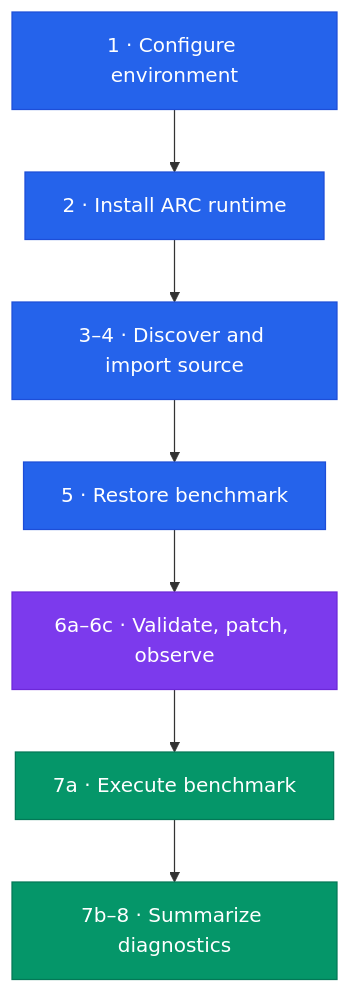
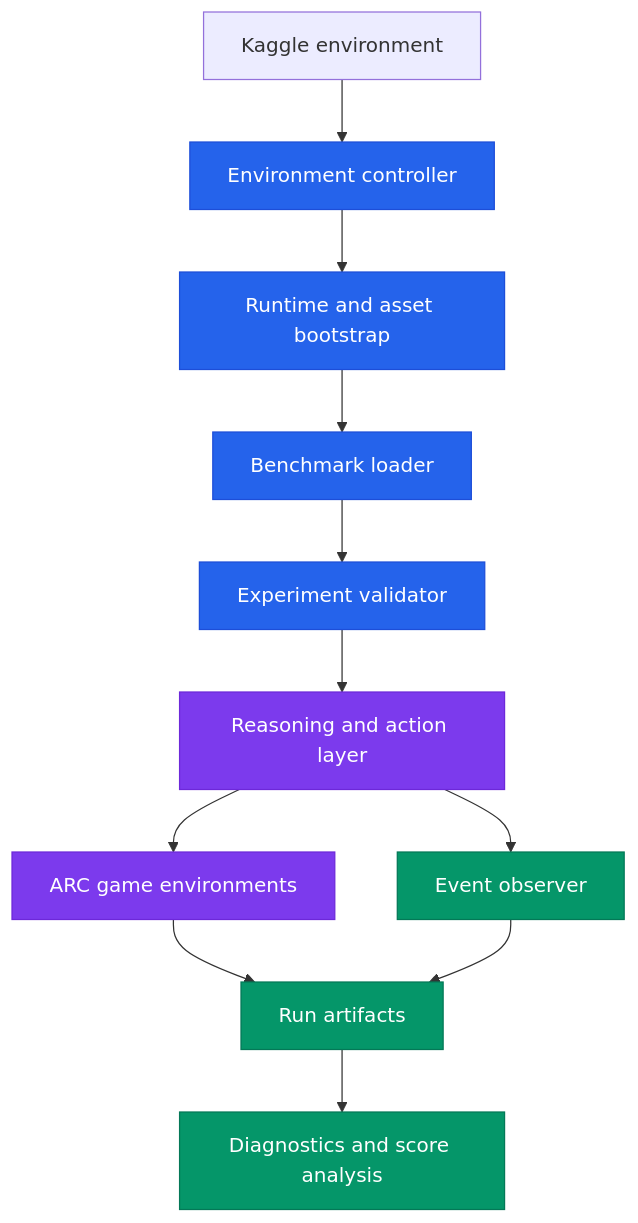
Before and after one commit to niswanth8888/ARC_APEX: the second of 5 diagrams in README.md, drawn with Mermaid. The commit also changed other lines of this file, not shown here.

````diff
--- a/README.md
+++ b/README.md
@@ -59,16 +173,20 @@
 ```mermaid
 flowchart TD
-    A["1 · Configure environment"] --> B["2 · Install ARC runtime"]
-    B --> C["3–4 · Discover and import source"]
-    C --> D["5 · Restore benchmark"]
-    D --> E["6a–6c · Validate, patch, observe"]
-    E --> F["7a · Execute benchmark"]
-    F --> G["7b–8 · Summarize diagnostics"]
+    A["Kaggle environment"] --> B["Environment controller"]
+    B --> C["Runtime and asset bootstrap"]
+    C --> D["Benchmark loader"]
+    D --> E["Experiment validator"]
+    E --> F["Reasoning and action layer"]
+    F --> G["ARC game environments"]
+    F --> H["Event observer"]
+    G --> I["Run artifacts"]
+    H --> I
+    I --> J["Diagnostics and score analysis"]
 
-    classDef setup fill:#2563eb,color:#fff,stroke:#1d4ed8
-    classDef guard fill:#7c3aed,color:#fff,stroke:#6d28d9
-    classDef run fill:#059669,color:#fff,stroke:#047857
-    class A,B,C,D setup
-    class E guard
-    class F,G run
+    classDef control fill:#2563eb,color:#fff,stroke:#1d4ed8
+    classDef reasoning fill:#7c3aed,color:#fff,stroke:#6d28d9
+    classDef output fill:#059669,color:#fff,stroke:#047857
+    class B,C,D,E control
+    class F,G reasoning
+    class H,I,J output
 ```
````
